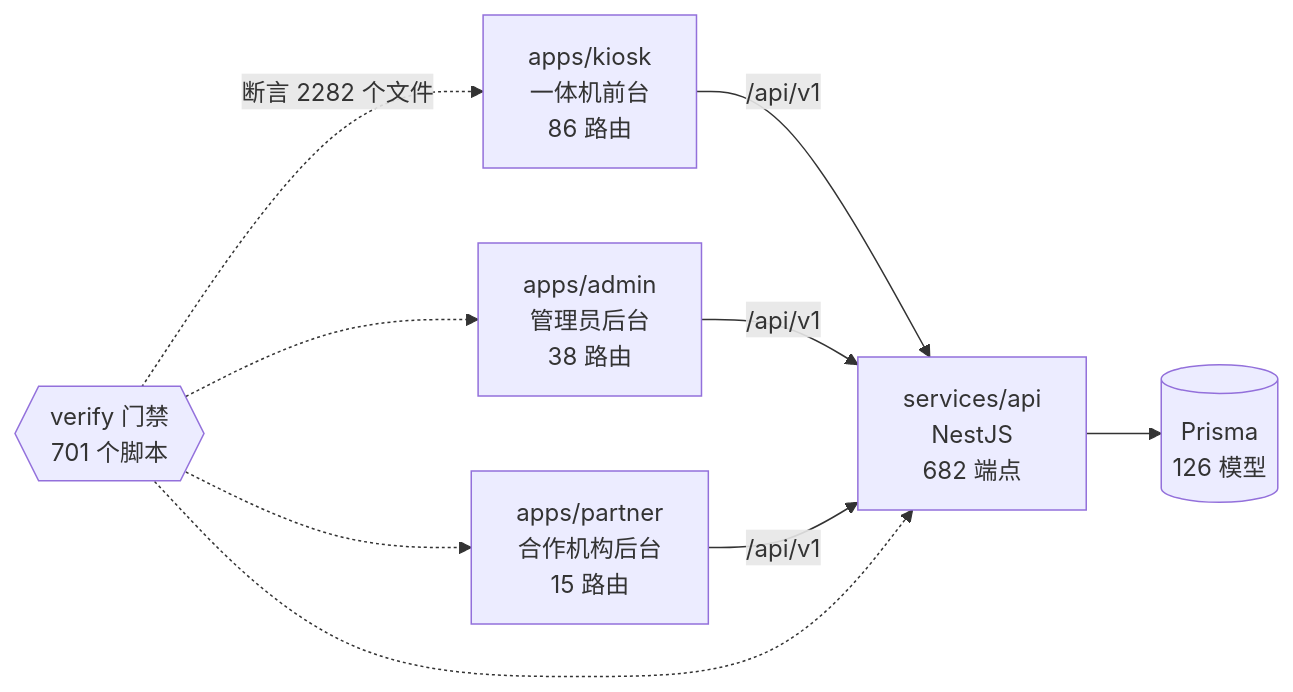
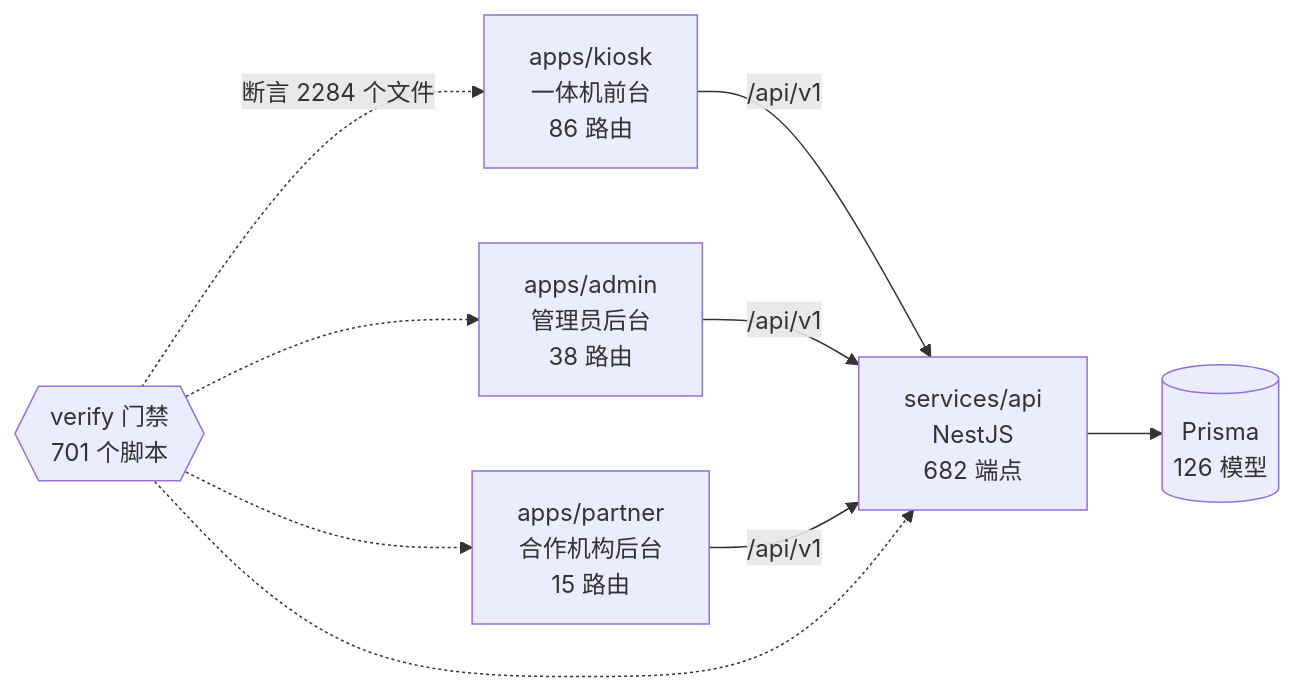
The diagram in docs/graph/README.md (wanglei581/YITIJI), drawn with Mermaid before and after one commit. The commit also changed other lines of this file and 4 other files, not shown here.

Commit message:
小程序虚拟支付：重生项目图谱并记录 P2d1b3 收口返工完成进度

````diff
--- a/docs/graph/README.md
+++ b/docs/graph/README.md
@@ -68,18 +68,18 @@
 ```mermaid
 flowchart LR
   kiosk["apps/kiosk<br/>一体机前台<br/>86 路由"]
   admin["apps/admin<br/>管理员后台<br/>38 路由"]
   partner["apps/partner<br/>合作机构后台<br/>15 路由"]
   api["services/api<br/>NestJS<br/>682 端点"]
   db[("Prisma<br/>126 模型")]
   gates{{"verify 门禁<br/>701 个脚本"}}
 
   kiosk -->|"/api/v1"| api
   admin -->|"/api/v1"| api
   partner -->|"/api/v1"| api
   api --> db
-  gates -.->|"断言 2282 个文件"| kiosk
+  gates -.->|"断言 2284 个文件"| kiosk
   gates -.-> admin
   gates -.-> partner
   gates -.-> api
 ```
````
